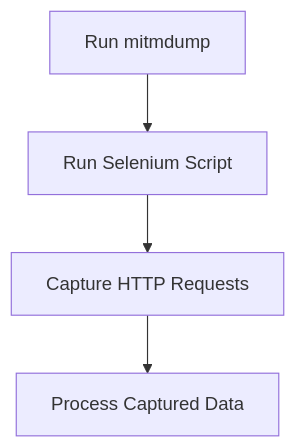
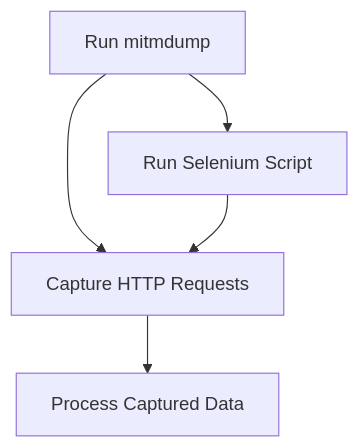
Before and after one commit to jonruida/PowerBI_Insights: the first of 3 diagrams in README.md, drawn with Mermaid.

````diff
--- a/README.md
+++ b/README.md
@@ -10,8 +10,9 @@
 ```mermaid
 graph TD;
     B[Run mitmdump];
     B --> C[Run Selenium Script];
+    B --> D[Run Selenium Script];
     C --> D[Capture HTTP Requests];
     D --> E[Process Captured Data];
     
 ```
````
